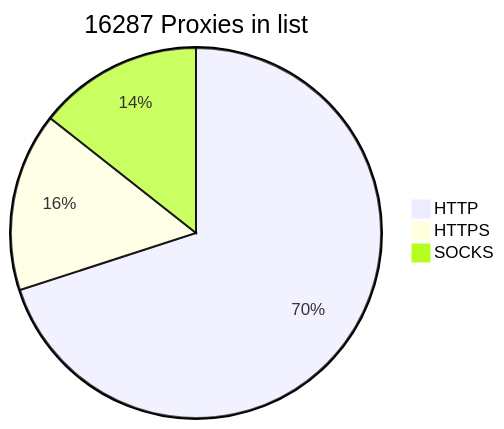
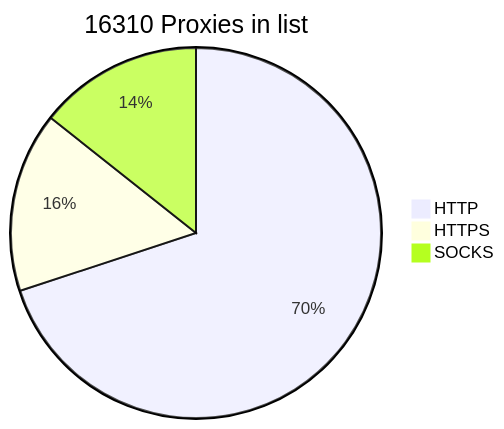
The diagram in README.md (BlackSnowDot/proxylist-update-every-minute), drawn with Mermaid before and after one commit. The commit also changed other lines of this file, not shown here.

````diff
--- a/README.md
+++ b/README.md
@@ -2,6 +2,6 @@
 ```mermaid
-pie title 16287 Proxies in list
-    "HTTP" : 12105
-    "HTTPS": 2698
-    "SOCKS" : 2485
+pie title 16310 Proxies in list
+    "HTTP" : 12136
+    "HTTPS": 2728
+    "SOCKS" : 2486
 ```
````
